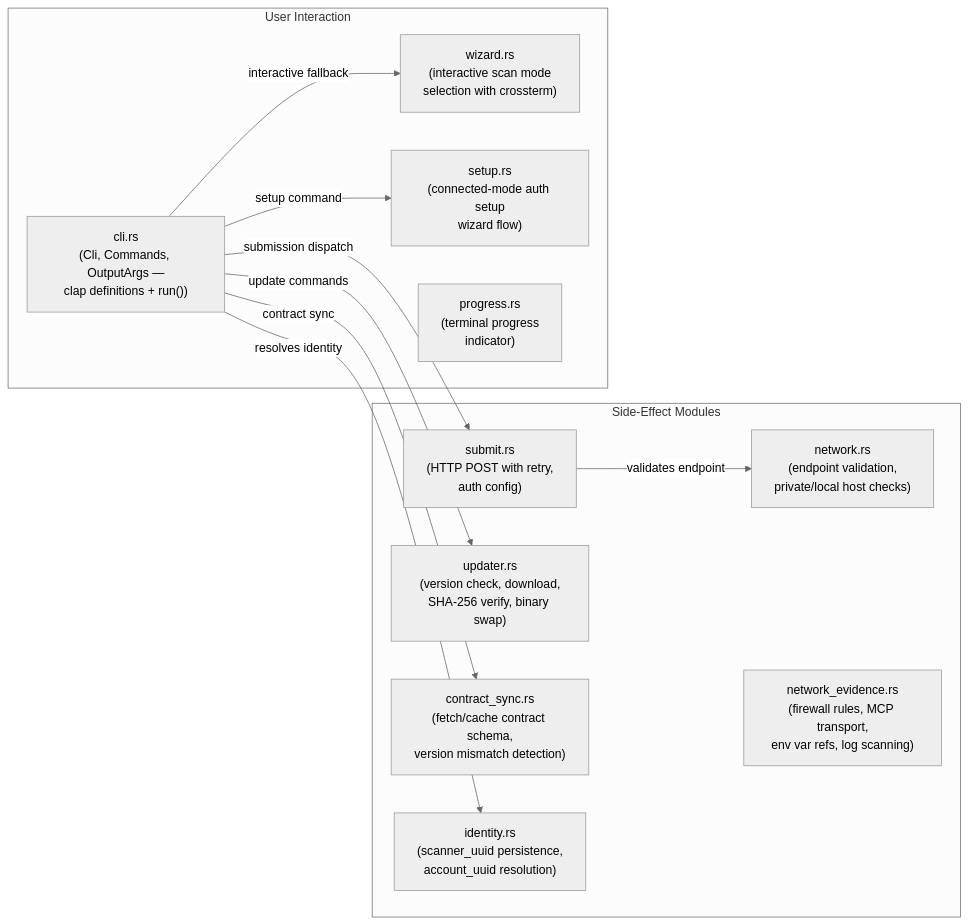
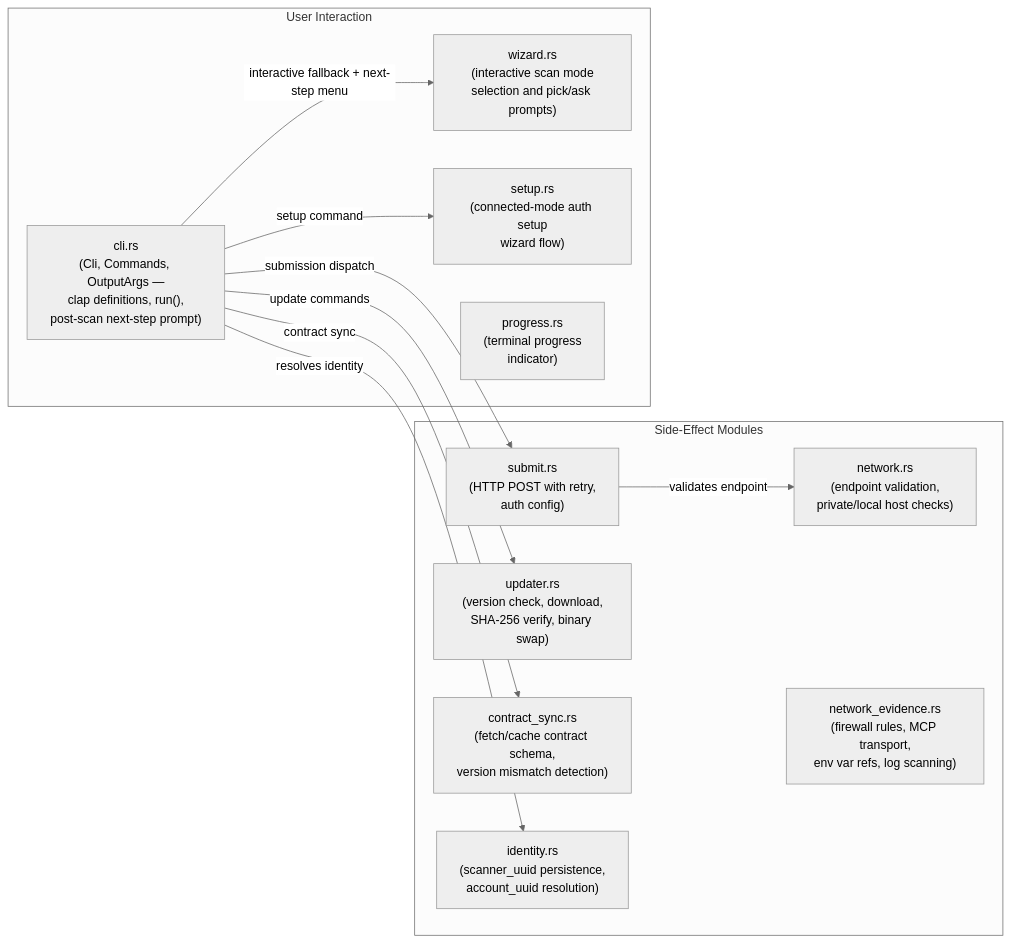
One commit to AgenticHighway/proov changed the third of 3 diagrams in docs/c4-level3-component.md. Above: the diagram before and after it, drawn with Mermaid (neutral theme). The commit also changed other lines of this file and 6 other files, not shown here.

Commit message:
feat: add post-scan save flow

````diff
--- a/docs/c4-level3-component.md
+++ b/docs/c4-level3-component.md
@@ -87,26 +90,26 @@
 ```mermaid
 flowchart LR
     subgraph SideEffects["Side-Effect Modules"]
         submit["submit.rs\n(HTTP POST with retry,\nauth config)"]
         network["network.rs\n(endpoint validation,\nprivate/local host checks)"]
         network_evidence["network_evidence.rs\n(firewall rules, MCP transport,\nenv var refs, log scanning)"]
         updater["updater.rs\n(version check, download,\nSHA-256 verify, binary swap)"]
         contract_sync["contract_sync.rs\n(fetch/cache contract schema,\nversion mismatch detection)"]
         identity["identity.rs\n(scanner_uuid persistence,\naccount_uuid resolution)"]
     end
 
     subgraph UserInteraction["User Interaction"]
-        cli["cli.rs\n(Cli, Commands, OutputArgs —\nclap definitions + run())"]
-        wizard["wizard.rs\n(interactive scan mode\nselection with crossterm)"]
+        cli["cli.rs\n(Cli, Commands, OutputArgs —\nclap definitions, run(),\npost-scan next-step prompt)"]
+        wizard["wizard.rs\n(interactive scan mode\nselection and pick/ask prompts)"]
         setup["setup.rs\n(connected-mode auth setup\nwizard flow)"]
         progress["progress.rs\n(terminal progress\nindicator)"]
     end
 
-    cli -->|"interactive fallback"| wizard
+    cli -->|"interactive fallback + next-step menu"| wizard
     cli -->|"setup command"| setup
     cli -->|"submission dispatch"| submit
     submit -->|"validates endpoint"| network
     cli -->|"update commands"| updater
     cli -->|"contract sync"| contract_sync
     cli -->|"resolves identity"| identity
 ```
````
